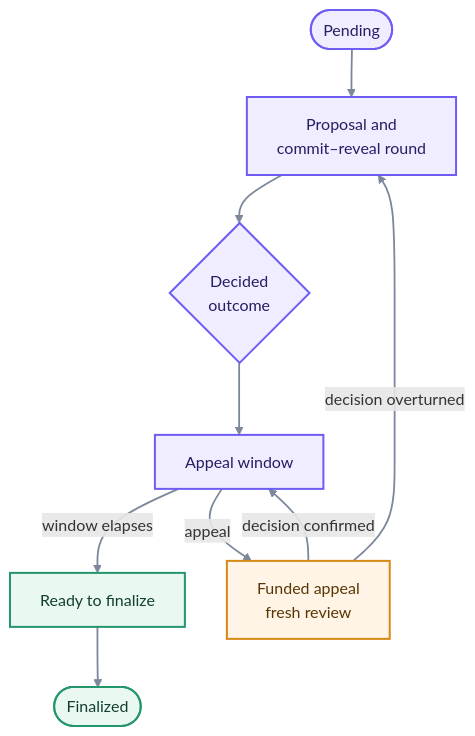
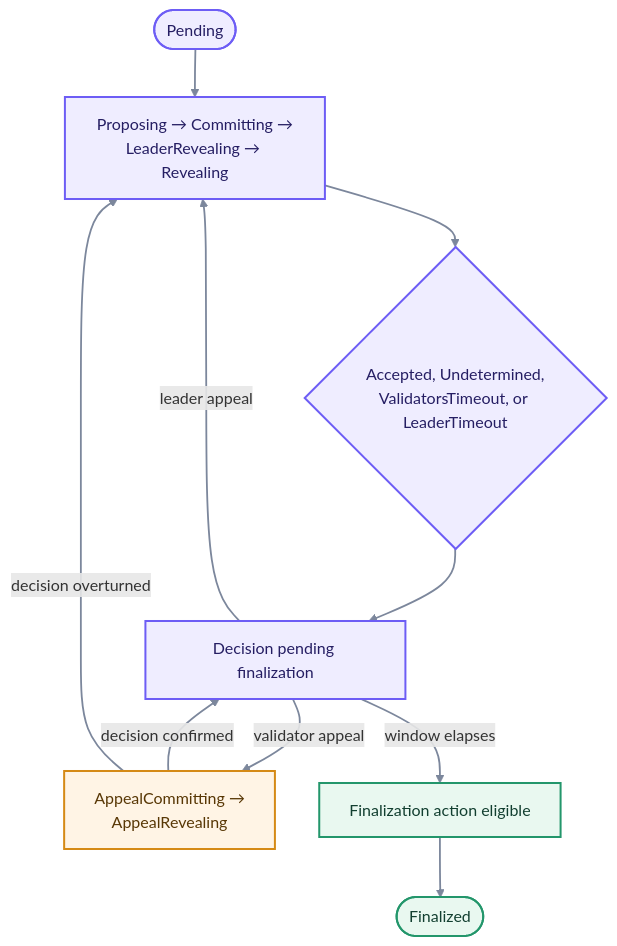
One commit to genlayerlabs/genlayer-docs changed the diagram in pages/understand-genlayer-protocol/optimistic-democracy-how-genlayer-works.mdx. Above: the diagram before and after it, drawn with Mermaid. The commit also changed 4 other files, not shown here.

````diff
--- a/pages/understand-genlayer-protocol/optimistic-democracy-how-genlayer-works.mdx
+++ b/pages/understand-genlayer-protocol/optimistic-democracy-how-genlayer-works.mdx
@@ -21,25 +21,26 @@
 ```mermaid
 %%{init: {"flowchart": {"curve": "basis", "nodeSpacing": 42, "rankSpacing": 48, "htmlLabels": true}}}%%
 flowchart TB
     Pending(["Pending"])
-    Round["Proposal and<br/>commit–reveal round"]
-    Decision{"Decided<br/>outcome"}
-    Window["Appeal window"]
-    Review["Funded appeal<br/>fresh review"]
-    Ready["Ready to finalize"]
+    Round["Proposing → Committing →<br/>LeaderRevealing → Revealing"]
+    Decision{"Accepted, Undetermined,<br/>ValidatorsTimeout, or LeaderTimeout"}
+    Window["Decision pending finalization"]
+    Review["AppealCommitting →<br/>AppealRevealing"]
+    Ready["Finalization action eligible"]
     Final(["Finalized"])
 
     Pending --> Round --> Decision --> Window
     Window -->|"window elapses"| Ready --> Final
-    Window -->|"appeal"| Review
+    Window -->|"validator appeal"| Review
+    Window -->|"leader appeal"| Round
     Review -->|"decision confirmed"| Window
     Review -->|"decision overturned"| Round
 
     classDef phase fill:#EFEDFF,stroke:#6D5DF5,color:#251E63,stroke-width:2px;
     classDef challenge fill:#FFF4E5,stroke:#D58A16,color:#583705,stroke-width:2px;
     classDef success fill:#E9F8F0,stroke:#23966B,color:#123F30,stroke-width:2px;
     class Pending,Round,Decision,Window phase;
     class Review challenge;
     class Ready,Final success;
     linkStyle default stroke:#7C879C,stroke-width:1.8px;
 ```
````
